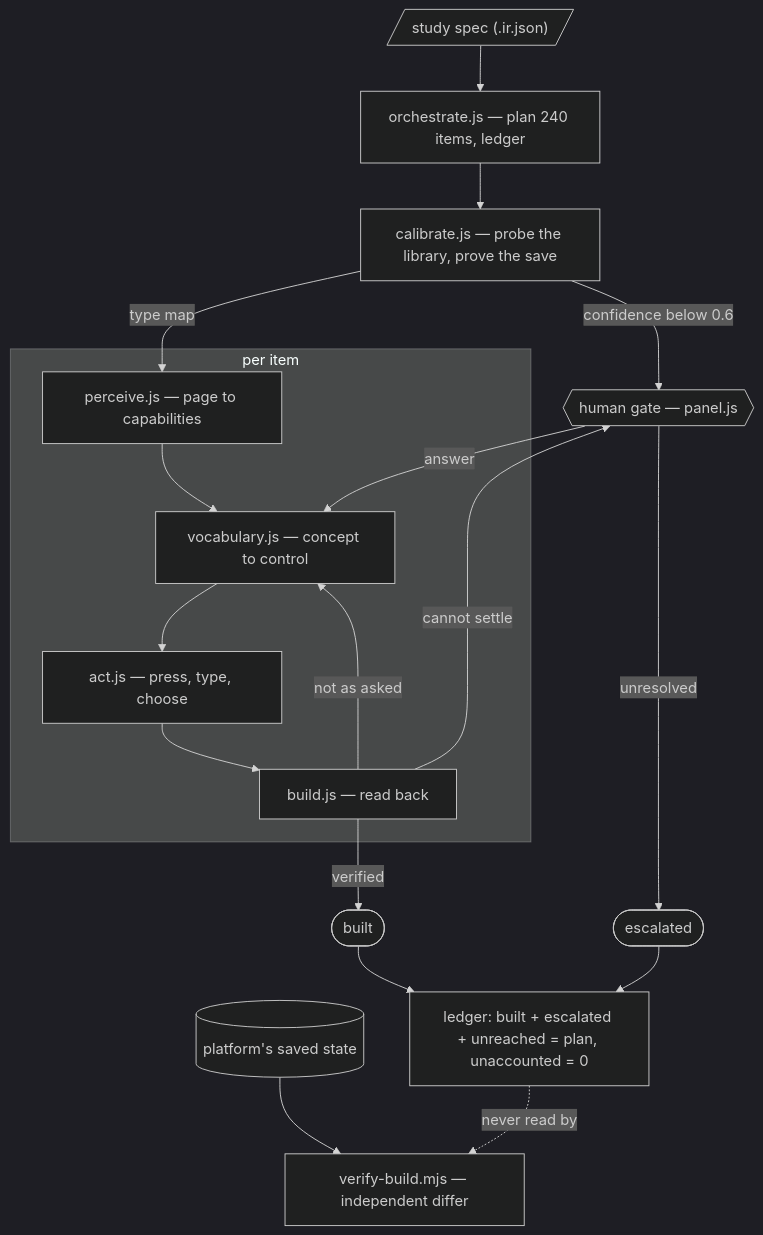
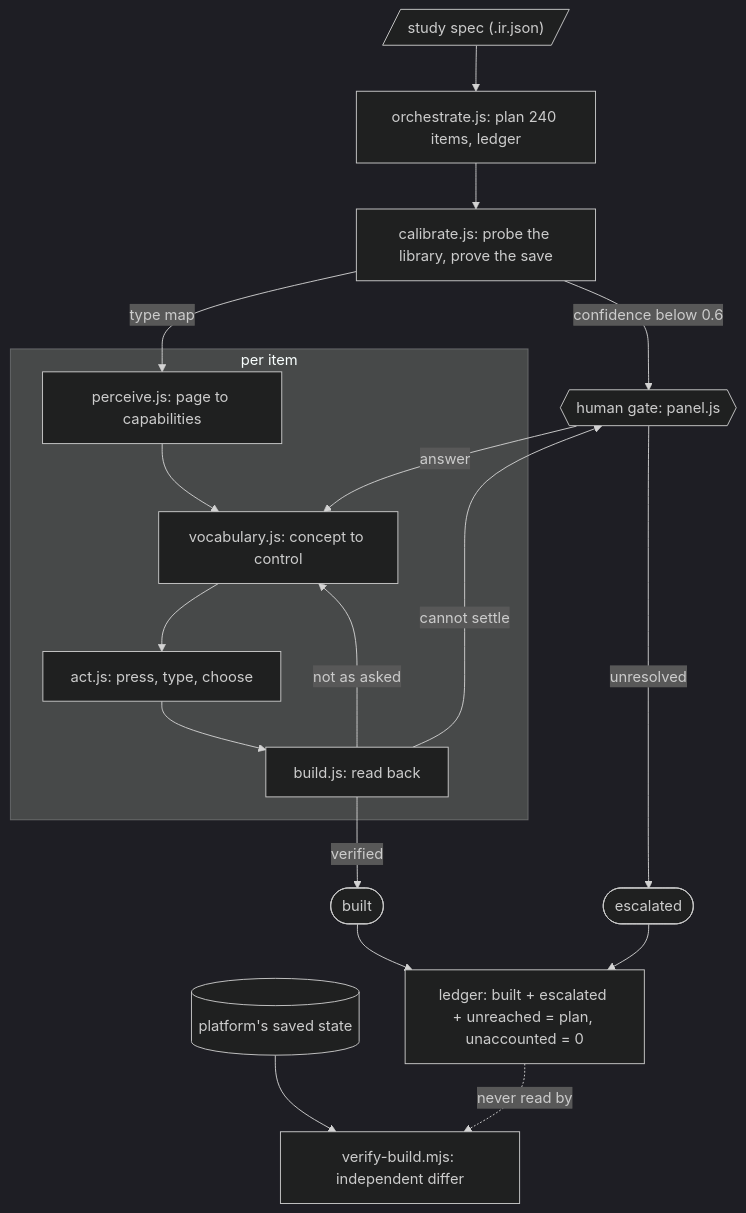
One commit to Rishab-Panwar/browser_agent changed the diagram in README.md. Above: the diagram before and after it, drawn with Mermaid (dark theme). The commit also changed other lines of this file and 1 other file, not shown here.

````diff
--- a/README.md
+++ b/README.md
@@ -59,24 +59,24 @@
 ```mermaid
 flowchart TD
     SPEC[/"study spec (.ir.json)"/] --> PLAN
-    PLAN["orchestrate.js — plan 240 items, ledger"] --> CAL
-    CAL["calibrate.js — probe the library, prove the save"] -->|"confidence below 0.6"| GATE
+    PLAN["orchestrate.js: plan 240 items, ledger"] --> CAL
+    CAL["calibrate.js: probe the library, prove the save"] -->|"confidence below 0.6"| GATE
     CAL -->|"type map"| P
 
     subgraph LOOP ["per item"]
-        P["perceive.js — page to capabilities"] --> D["vocabulary.js — concept to control"]
-        D --> A["act.js — press, type, choose"]
-        A --> C["build.js — read back"]
+        P["perceive.js: page to capabilities"] --> D["vocabulary.js: concept to control"]
+        D --> A["act.js: press, type, choose"]
+        A --> C["build.js: read back"]
         C -->|"not as asked"| D
     end
 
     C -->|"verified"| BUILT(["built"])
     C -->|"cannot settle"| GATE
-    GATE{{"human gate — panel.js"}} -->|"answer"| D
+    GATE{{"human gate: panel.js"}} -->|"answer"| D
     GATE -->|"unresolved"| ESC(["escalated"])
 
     BUILT --> LEDGER["ledger: built + escalated + unreached = plan, unaccounted = 0"]
     ESC --> LEDGER
-    STATE[("platform's saved state")] --> VERIFY["verify-build.mjs — independent differ"]
+    STATE[("platform's saved state")] --> VERIFY["verify-build.mjs: independent differ"]
     LEDGER -.->|"never read by"| VERIFY
 ```
````
